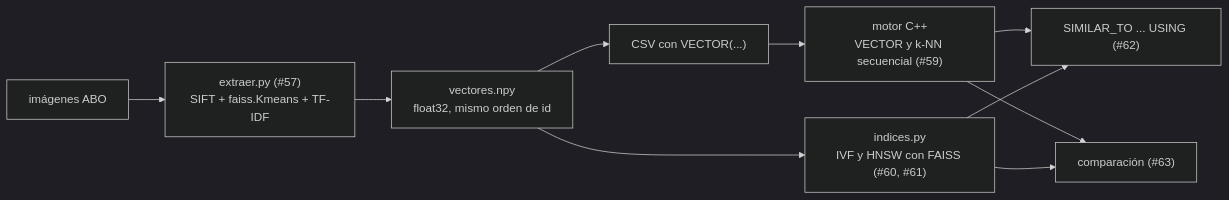
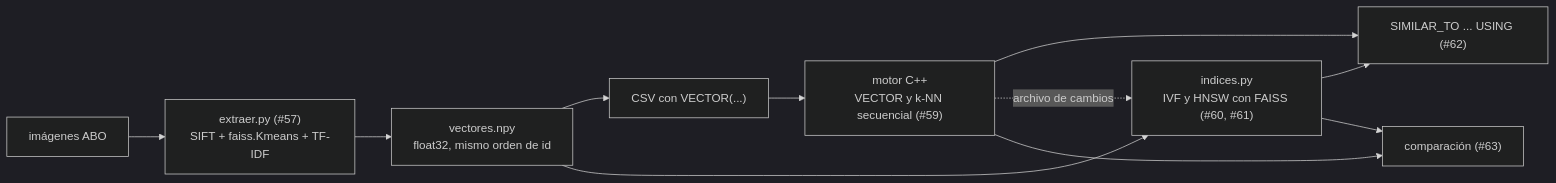
The diagram in docs/contratos_p3_p4.md (LuisIZ/BD2_Proyecto_2026-2), drawn with Mermaid (dark theme) before and after one commit. The commit also changed other lines of this file and 5 other files, not shown here.

````diff
--- a/docs/contratos_p3_p4.md
+++ b/docs/contratos_p3_p4.md
@@ -121,11 +121,12 @@
 ```mermaid
 flowchart LR
     IMG["imágenes ABO"] --> M1["extraer.py (#57)<br/>SIFT + faiss.Kmeans + TF-IDF"]
     M1 --> NPY["vectores.npy<br/>float32, mismo orden de id"]
     NPY --> CSV["CSV con VECTOR(...)"] --> MOTOR["motor C++<br/>VECTOR y k-NN secuencial (#59)"]
     NPY --> IDX["indices.py<br/>IVF y HNSW con FAISS (#60, #61)"]
     MOTOR --> SQL["SIMILAR_TO ... USING (#62)"]
     IDX --> SQL
+    MOTOR -. "archivo de cambios" .-> IDX
     MOTOR --> CMP["comparación (#63)"]
     IDX --> CMP
 ```
````
